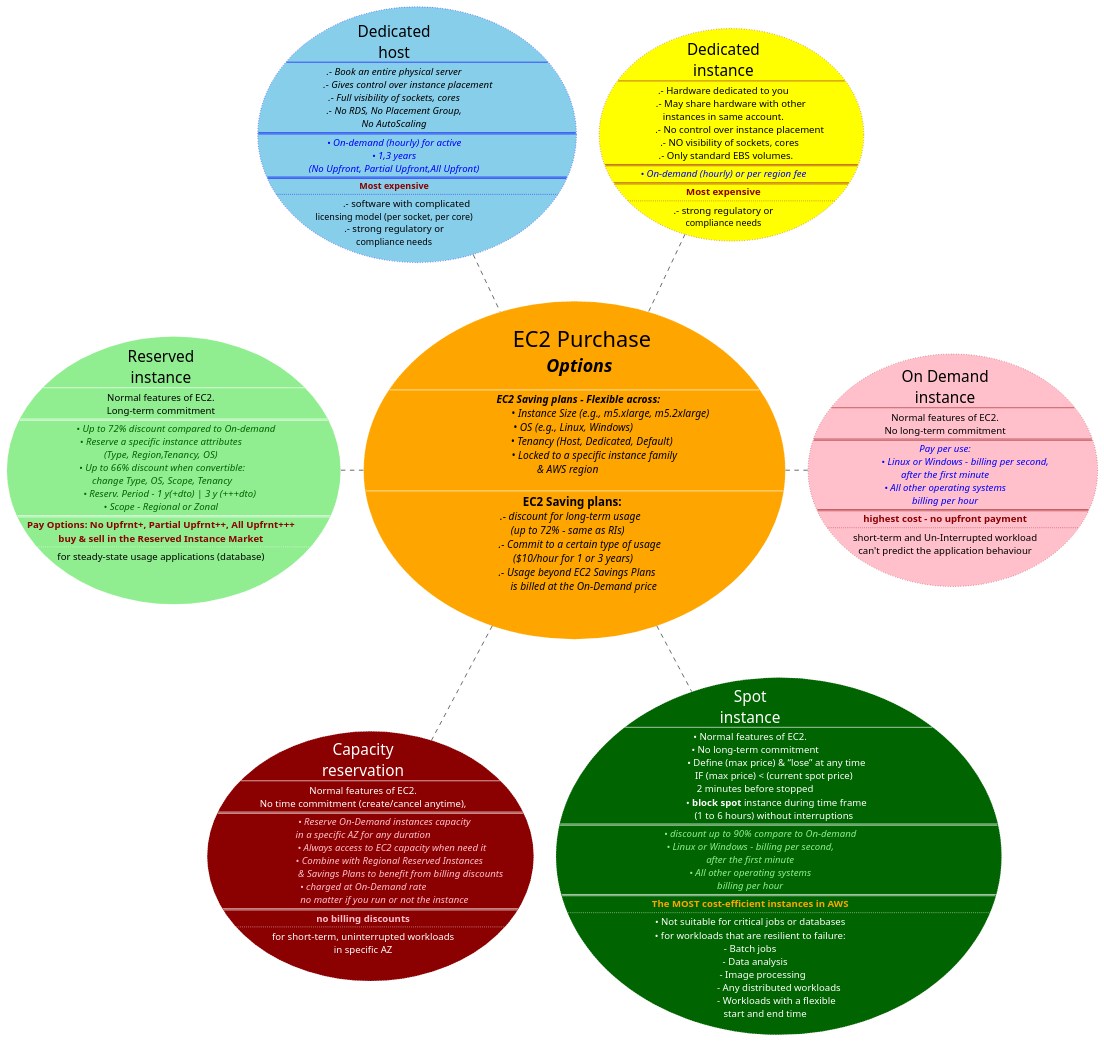
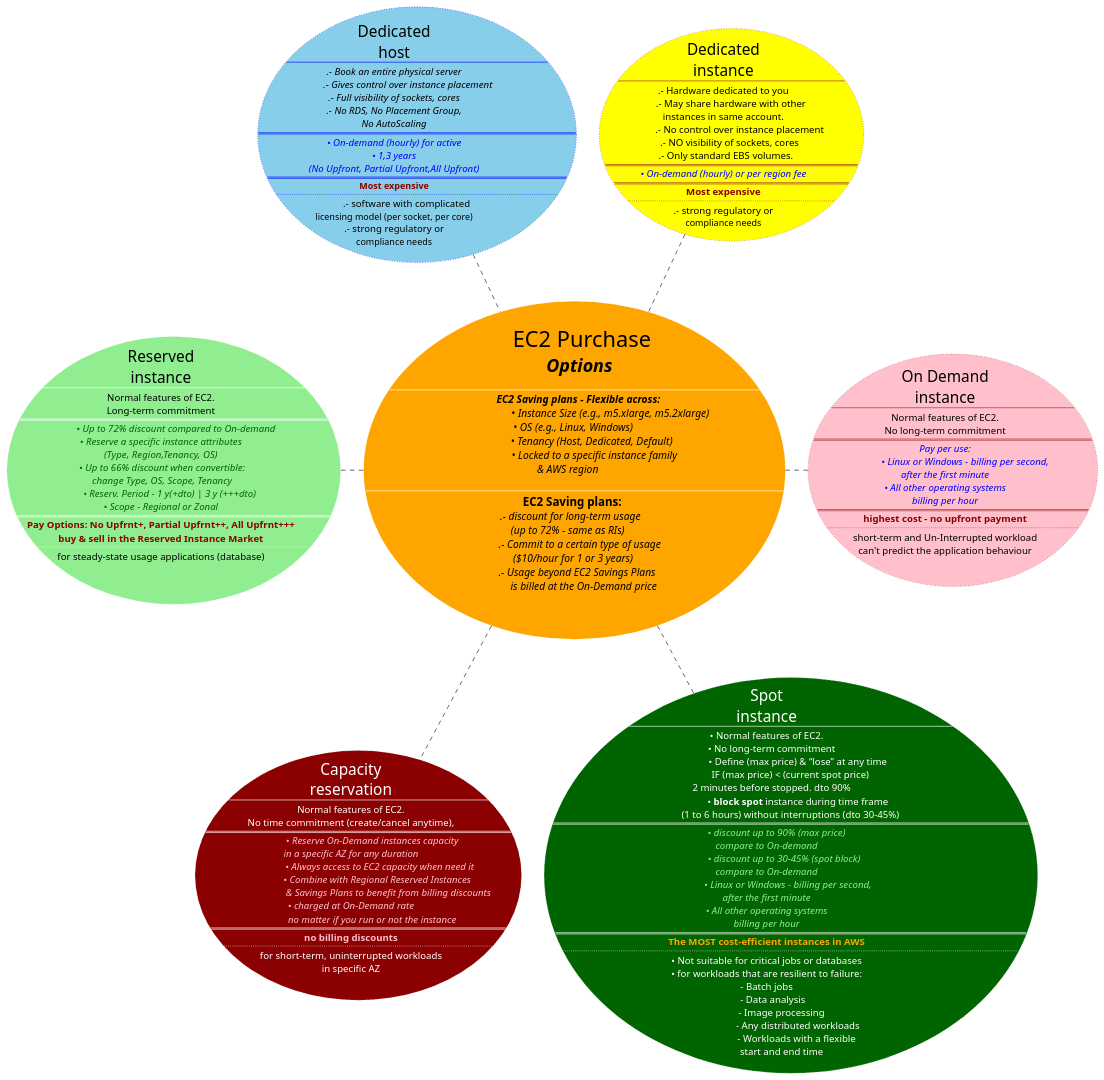
The diagram in assets/uml/003-ec2/ec2-purchase-options.puml (avall/AWS-SAA-C03), drawn with PlantUML before and after one commit. The commit also changed 2 other files, not shown here.

Commit message:
- EC2 spot instances

```diff
--- a/assets/uml/003-ec2/ec2-purchase-options.puml
+++ b/assets/uml/003-ec2/ec2-purchase-options.puml
@@ -1,174 +1,177 @@
 @startuml
 
 usecase purchase_options #orange;line:white;line.dotted;text:black [
   <font:impact><size:34>     EC2 Purchase</size></font>
   <i><size:28><b>     Options</b></size></i>
 
   ----
 <b><i><size:16>        EC2 Saving plans - Flexible across:
 <i><size:16>                                • Instance Size (e.g., m5.xlarge, m5.2xlarge)
 <i><size:16>    • OS (e.g., Linux, Windows)
 <i><size:16>                  • Tenancy (Host, Dedicated, Default)
 <i><size:16>                    • Locked to a specific instance family
 <i><size:16>& AWS region
 
   ----
 <b><size:18>   EC2 Saving plans:
 <i><size:16>  .- discount for long-term usage
 <i><size:16>(up to 72% - same as RIs)
 <i><size:16>         .- Commit to a certain type of usage
 <i><size:16>    ($10/hour for 1 or 3 years)
 <i><size:16>       .- Usage beyond EC2 Savings Plans
 <i><size:16>            is billed at the On-Demand price
 \n
 ]
 
 usecase dedicated_host #skyblue;line:blue;line.dotted;text:black [
  <font:impact><size:24>Dedicated</size></font>
  <font:impact><size:24>host</size></font>
 ----
 <i><size:15>.- Book an entire physical server
 <i><size:15>           .- Gives control over instance placement
 <i><size:15>.- Full visibility of sockets, cores
 <i><size:15>.- No RDS, No Placement Group,
 <i><size:15>No AutoScaling
 ====
 <i><size:15><color:blue>• On-demand (hourly) for active</color></i>
 <i><size:15><color:blue>• 1,3 years</color></i>
 <i><size:15><color:blue>(No Upfront, Partial Upfront,All Upfront)</color></i>
 ====
 <b><color:darkred>Most expensive</color></b>
 ....
 <size:15>          .- software with complicated
 licensing model (per socket, per core)
 <size:15>.- strong regulatory or
 compliance needs
 ]
 
 usecase dedicated_instance #yellow;line:brown;line.dotted;text:black [
  <font:impact><size:24>Dedicated</size></font>
  <font:impact><size:24>instance</size></font>
 ----
 <size:15>.- Hardware dedicated to you
 <size:15>      .- May share hardware with other
 <size:15>instances in same account.
 <size:15>             .- No control over instance placement
 <size:15>     .- NO visibility of sockets, cores
 <size:15>  .- Only standard EBS volumes.
 ====
 <i><size:15><color:blue>• On-demand (hourly) or per region fee</color></i>
 ====
 <b><size:15><color:darkred>Most expensive</color></b>
 ....
 <size:15>.- strong regulatory or
 compliance needs
 ]
 
 usecase ec2_ondemand #pink;line:brown;line.dotted;text:black [
  <font:impact><size:24>On Demand</size></font>
  <font:impact><size:24>instance</size></font>
 ----
 <size:15>Normal features of EC2.
 <size:15>No long-term commitment
 ====
 <i><size:15><color:blue>Pay per use:
 <i><size:15><color:blue>                • Linux or Windows - billing per second,
 <i><size:15><color:blue>after the first minute
 <i><size:15><color:blue>• All other operating systems
 <i><size:15><color:blue>billing per hour
 ====
 <b><size:15><color:darkred>highest cost - no upfront payment
 ....
 <size:15>short-term and Un-Interrupted workload
 <size:15>can't predict the application behaviour
 ]
 
 
 usecase ec2_capacity_reservation #darkred;line:white;line.dotted;text:white [
  <font:impact><size:24>Capacity</size></font>
  <font:impact><size:24>reservation</size></font>
 ----
 <size:15>Normal features of EC2.
 <size:15>No time commitment (create/cancel anytime),
 ====
 <i><size:15><color:pink>                 • Reserve On-Demand instances capacity
 <i><size:15><color:pink>in a specific AZ for any duration
 <i><size:15><color:pink>                       • Always access to EC2 capacity when need it
 <i><size:15><color:pink>                     • Combine with Regional Reserved Instances
 <i><size:15><color:pink>                              & Savings Plans to benefit from billing discounts
 <i><size:15><color:pink>• charged at On-Demand rate
 <i><size:15><color:pink>                 no matter if you run or not the instance
 ====
 <b><size:15><color:pink>no billing discounts
 ....
 <size:15>for short-term, uninterrupted workloads
 <size:15>in specific AZ
 ]
 
 
 
 usecase ec2_spot_instance #darkgreen;line:white;line.dotted;text:white [
  <font:impact><size:24>Spot</size></font>
  <font:impact><size:24>instance</size></font>
 ----
 <size:15>• Normal features of EC2.
 <size:15>    • No long-term commitment
-<size:15>                     • Define (max price) & “lose” at any time
+<size:15>                         • Define (max price) & “lose” at any time
 <size:15>                   IF (max price) < (current spot price)
-<size:15>    2 minutes before stopped
-<size:15>                     • <b>block spot</b> instance during time frame
-<size:15>                   (1 to 6 hours) without interruptions
+<size:15>    2 minutes before stopped. dto 90%
+<size:15>                         • <b>block spot</b> instance during time frame
+<size:15>                   (1 to 6 hours) without interruptions (dto 30-45%)
 ====
-<i><size:15><color:lightgreen>        • discount up to 90% compare to On-demand
-<i><size:15><color:lightgreen>• Linux or Windows - billing per second,
+<i><size:15><color:lightgreen>        • discount up to 90% (max price)
+<i><size:15><color:lightgreen>compare to On-demand
+<i><size:15><color:lightgreen>              • discount up to 30-45% (spot block)
+<i><size:15><color:lightgreen>compare to On-demand
+<i><size:15><color:lightgreen>                 • Linux or Windows - billing per second,
 <i><size:15><color:lightgreen>after the first minute
 <i><size:15><color:lightgreen>• All other operating systems
 <i><size:15><color:lightgreen>billing per hour
 ====
 <b><size:15><color:orange>The MOST cost-efficient instances in AWS
 ....
 <size:15>• Not suitable for critical jobs or databases
 <size:15>• for workloads that are resilient to failure:
 <size:15>- Batch jobs
-<size:15>    - Data analysis
-<size:15>          - Image processing
-<size:15>                       - Any distributed workloads
-<size:15>                     - Workloads with a flexible
+<size:15>     - Data analysis
+<size:15>            - Image processing
+<size:15>                         - Any distributed workloads
+<size:15>                        - Workloads with a flexible
 <size:15>            start and end time
 ]
 
 
 
 
 usecase ec2_reserved_instance #lightgreen;line:white;line.dotted;text:black [
  <font:impact><size:24>Reserved</size></font>
  <font:impact><size:24>instance</size></font>
 ----
 <size:15>Normal features of EC2.
 <size:15>Long-term commitment
 ====
 <i><size:15><color:darkgreen>            • Up to 72% discount compared to On-demand
 <i><size:15><color:darkgreen>• Reserve a specific instance attributes
 <i><size:15><color:darkgreen>(Type, Region,Tenancy, OS)
 <i><size:15><color:darkgreen> • Up to 66% discount when convertible:
 <i><size:15><color:darkgreen> change Type, OS, Scope, Tenancy
 <i><size:15><color:darkgreen>       • Reserv. Period – 1 y(+dto) | 3 y (+++dto)
 <i><size:15><color:darkgreen>• Scope – Regional or Zonal
 ====
 <b><size:15><color:darkred>Pay Options: No Upfrnt+, Partial Upfrnt++, All Upfrnt+++
 <b><size:15><color:darkred>buy & sell in the Reserved Instance Market
 ....
 <size:15>for steady-state usage applications (database)
 
 ]
 
 
 
 
 purchase_options ..r.. ec2_ondemand
 purchase_options .u. dedicated_instance
 purchase_options .u. dedicated_host
 purchase_options .d. ec2_capacity_reservation
 purchase_options .d. ec2_spot_instance
 purchase_options .l. ec2_reserved_instance
 @enduml
```
